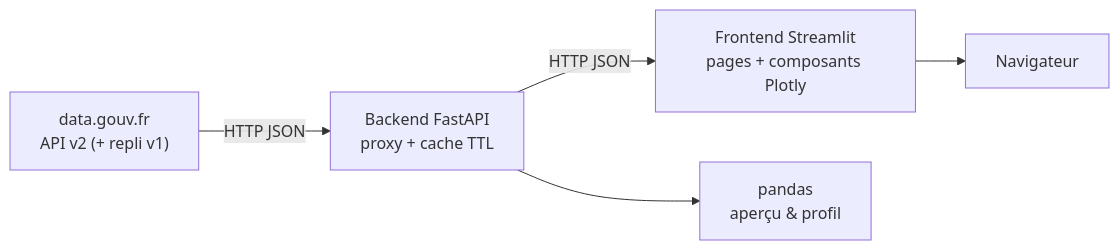
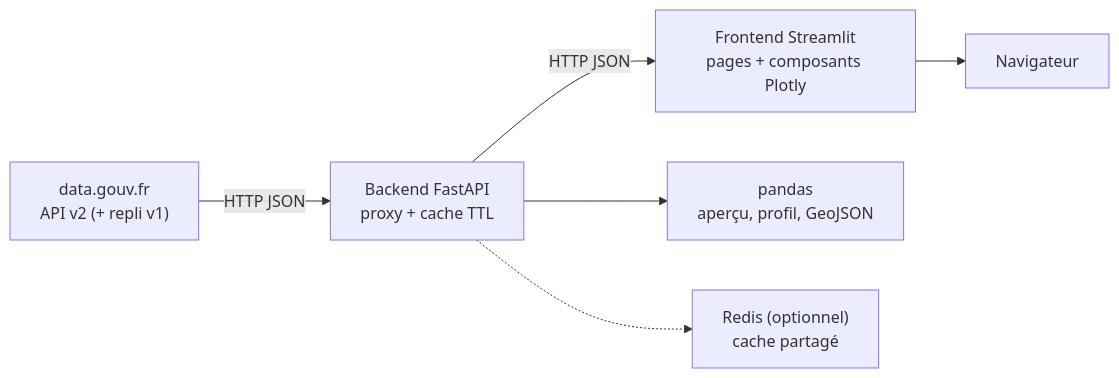
One commit to UnlimitedPM/Data-Gouv-FastAPI changed the diagram in README.md. Above: the diagram before and after it, drawn with Mermaid. The commit also changed other lines of this file and 21 other files, not shown here.

Commit message:
feat: comparaison, partage d'URL, cartes GeoJSON, Redis et Docker

````diff
--- a/README.md
+++ b/README.md
@@ -42,7 +49,8 @@
 ```mermaid
 flowchart LR
     A["data.gouv.fr<br/>API v2 (+ repli v1)"] -->|HTTP JSON| B["Backend FastAPI<br/>proxy + cache TTL"]
     B -->|HTTP JSON| C["Frontend Streamlit<br/>pages + composants Plotly"]
-    B --> D["pandas<br/>aperçu & profil"]
+    B --> D["pandas<br/>aperçu, profil, GeoJSON"]
+    B -.-> R["Redis (optionnel)<br/>cache partagé"]
     C --> E["Navigateur"]
 ```
````
